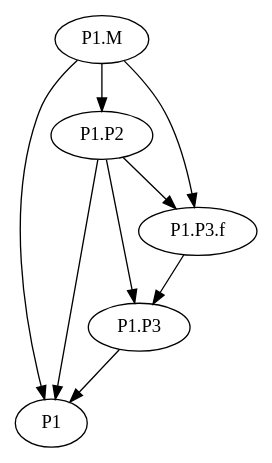
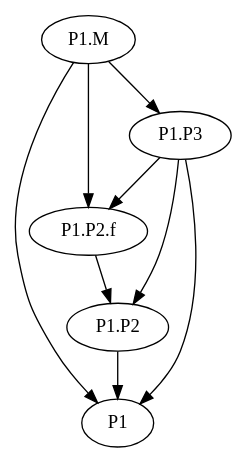
Before and after one commit to ErikHedblom/Master-Thesis: the diagram in Dot/DotAccess.dot, drawn with Graphviz. The commit also changed 2 other files, not shown here.

Commit message:
Update figure 3.2

```diff
--- a/Dot/DotAccess.dot
+++ b/Dot/DotAccess.dot
@@ -1,11 +1,11 @@
 digraph DependencyGraph {
 	"P1"
 	"P1.P2" -> "P1"
-	"P1.P2" -> "P1.P3"
-	"P1.P2" -> "P1.P3.f"
+	"P1.P2.f" -> "P1.P2"
 	"P1.P3" -> "P1"
-	"P1.P3.f" -> "P1.P3"
+	"P1.P3" -> "P1.P2"
+	"P1.P3" -> "P1.P2.f"
 	"P1.M" -> "P1"
-	"P1.M" -> "P1.P2"
-	"P1.M" -> "P1.P3.f"
+	"P1.M" -> "P1.P3"
+	"P1.M" -> "P1.P2.f"
 }
```
